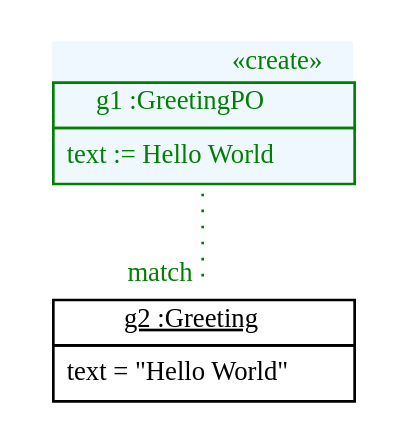
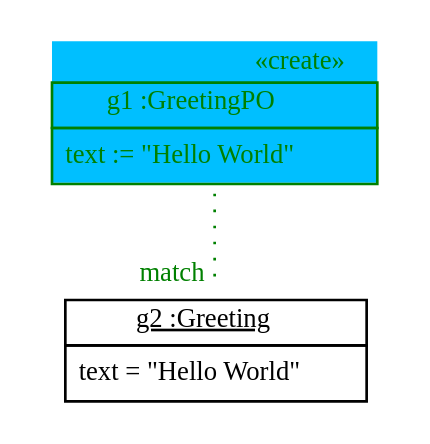
One commit to fujaba/SDMLib changed the diagram in doc/TTC2011HelloWorldConstantTransformation1AfterTransformation.dot. Above: the diagram before and after it, drawn with Graphviz. The commit also changed 89 other files, not shown here.

Commit message:
Trace Debugging for Patterns. Many fixes for nested subpatterns. Icons in object diagram dumps.

```diff
--- a/doc/TTC2011HelloWorldConstantTransformation1AfterTransformation.dot
+++ b/doc/TTC2011HelloWorldConstantTransformation1AfterTransformation.dot
@@ -1,9 +1,9 @@
 graph ObjectDiagram {
    node [shape = none, fontsize = 10];
    edge [fontsize = 10];
 
-g1 [label=<<table border='0' cellborder='1' cellspacing='0' color='green' bgcolor='aliceblue'> <tr> <td border='0' align='right'><font color='green'>&laquo;create&raquo;</font></td></tr> <tr> <td align='center'> <font color='green'> g1 :GreetingPO </font></td></tr> <tr> <td align='left'> <table border='0' cellborder='0' cellspacing='0' color='green'> <tr><td><font color='green'> text := Hello World </font></td></tr></table></td></tr></table>>];
+g1 [label=<<table border='0' cellborder='1' cellspacing='0' color='green' bgcolor='deepskyblue'> <tr> <td border='0' align='right'><font color='green'>&#171;create&#187;</font></td></tr> <tr> <td align='center'> <font color='green'> g1 :GreetingPO </font></td></tr> <tr> <td align='left'> <table border='0' cellborder='0' cellspacing='0' color='green'> <tr><td><font color='green'> text := "Hello World" </font></td></tr></table></td></tr></table>>];
 g2 [label=<<table border='0' cellborder='1' cellspacing='0'> <tr> <td> <u>g2 :Greeting</u></td></tr><tr><td><table border='0' cellborder='0' cellspacing='0'><tr><td>text = "Hello World"</td></tr></table></td></tr></table>>];
 
 g1 -- g2 [headlabel = "match" style="dotted" color="green" fontcolor="green"];
 }
```
